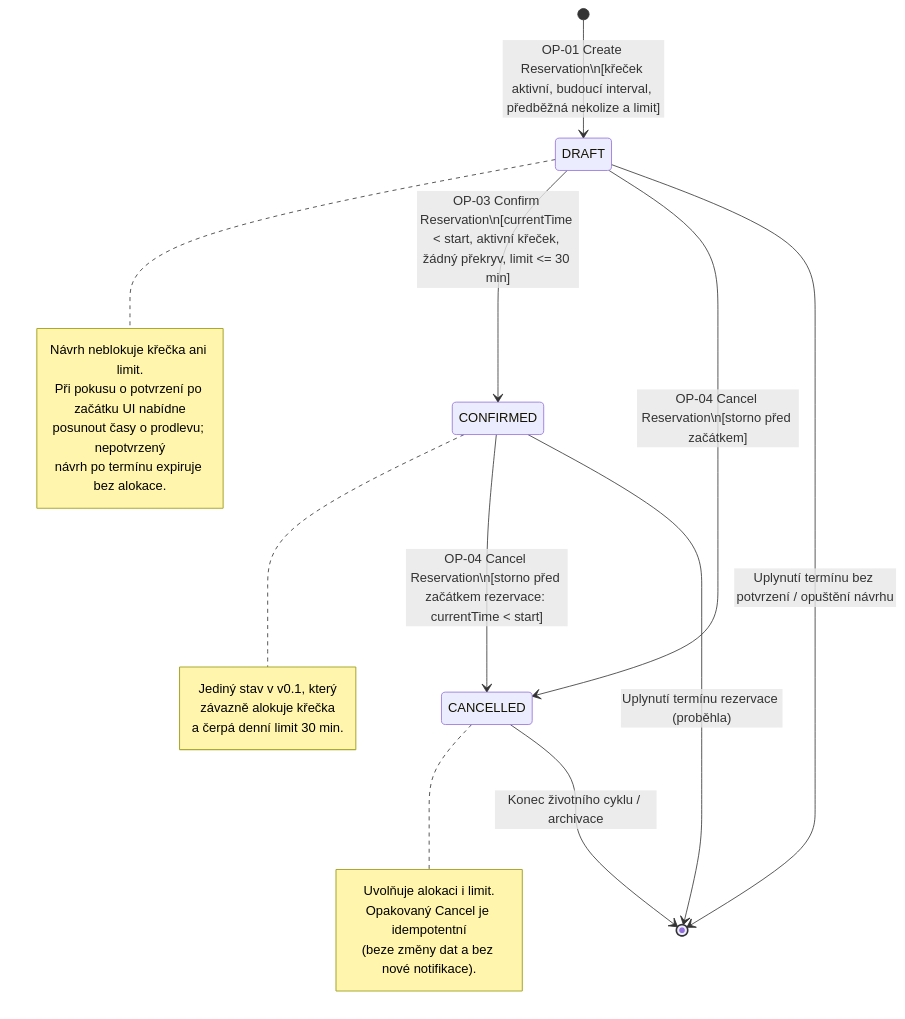
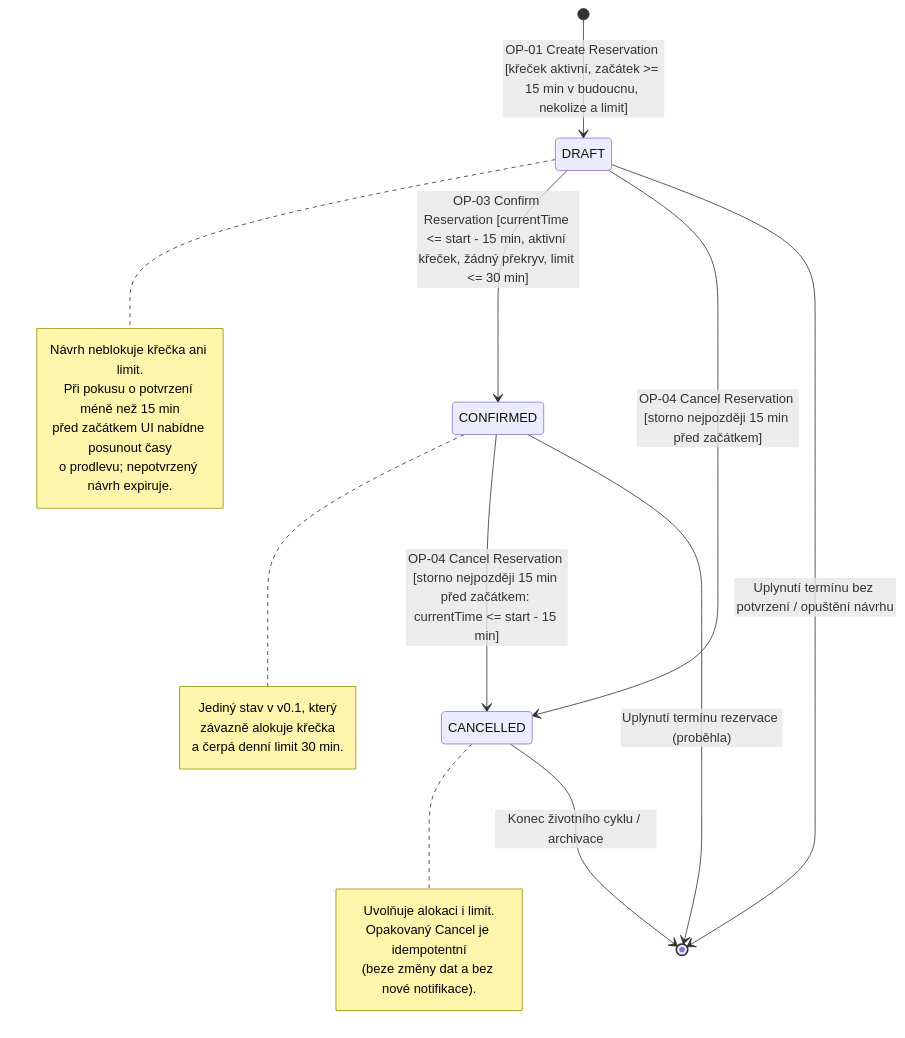
One commit to tomaskirnig/SWI_2027 changed the second of 6 diagrams in DIAGRAMS.md. Above: the diagram before and after it, drawn with Mermaid. The commit also changed other lines of this file and 14 other files, not shown here.

Commit message:
feat: Finished all diagrams + added fronted + changed DB to supabase

````diff
--- a/DIAGRAMS.md
+++ b/DIAGRAMS.md
@@ -74,32 +74,32 @@
 ```mermaid
 stateDiagram-v2
-    [*] --> DRAFT : OP-01 Create Reservation\n[křeček aktivní, budoucí interval, předběžná nekolize a limit]
+    [*] --> DRAFT : OP-01 Create Reservation [křeček aktivní, začátek >= 15 min v budoucnu, nekolize a limit]
 
     note right of DRAFT
         Návrh neblokuje křečka ani limit.
-        Při pokusu o potvrzení po začátku UI nabídne
-        posunout časy o prodlevu; nepotvrzený
-        návrh po termínu expiruje bez alokace.
+        Při pokusu o potvrzení méně než 15 min
+        před začátkem UI nabídne posunout časy
+        o prodlevu; nepotvrzený návrh expiruje.
     end note
 
-    DRAFT --> CONFIRMED : OP-03 Confirm Reservation\n[currentTime < start, aktivní křeček, žádný překryv, limit <= 30 min]
-    DRAFT --> CANCELLED : OP-04 Cancel Reservation\n[storno před začátkem]
+    DRAFT --> CONFIRMED : OP-03 Confirm Reservation [currentTime <= start - 15 min, aktivní křeček, žádný překryv, limit <= 30 min]
+    DRAFT --> CANCELLED : OP-04 Cancel Reservation [storno nejpozději 15 min před začátkem]
     DRAFT --> [*] : Uplynutí termínu bez potvrzení / opuštění návrhu
 
     note right of CONFIRMED
         Jediný stav v v0.1, který
         závazně alokuje křečka
         a čerpá denní limit 30 min.
     end note
 
-    CONFIRMED --> CANCELLED : OP-04 Cancel Reservation\n[storno před začátkem rezervace: currentTime < start]
+    CONFIRMED --> CANCELLED : OP-04 Cancel Reservation [storno nejpozději 15 min před začátkem: currentTime <= start - 15 min]
     CONFIRMED --> [*] : Uplynutí termínu rezervace (proběhla)
 
     note right of CANCELLED
         Uvolňuje alokaci i limit.
         Opakovaný Cancel je idempotentní
         (beze změny dat a bez nové notifikace).
     end note
 
     CANCELLED --> [*] : Konec životního cyklu / archivace
 ```
````
